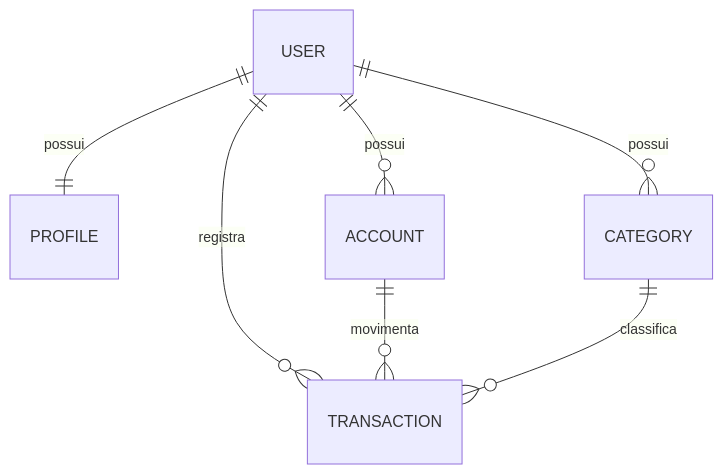
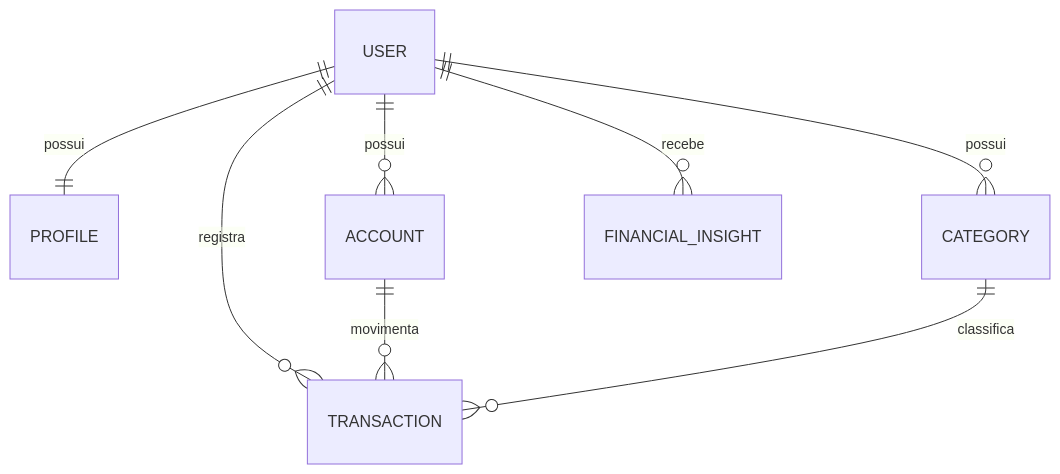
Before and after one commit to DaniloCorreia1/finanpy: the diagram in docs/modelo-de-dados.md, drawn with Mermaid. The commit also changed other lines of this file and 33 other files, not shown here.

````diff
--- a/docs/modelo-de-dados.md
+++ b/docs/modelo-de-dados.md
@@ -5,9 +5,10 @@
 ```mermaid
 erDiagram
     USER ||--|| PROFILE : possui
     USER ||--o{ ACCOUNT : possui
     USER ||--o{ CATEGORY : possui
     USER ||--o{ TRANSACTION : registra
     ACCOUNT ||--o{ TRANSACTION : movimenta
     CATEGORY ||--o{ TRANSACTION : classifica
+    USER ||--o{ FINANCIAL_INSIGHT : recebe
 ```
````
